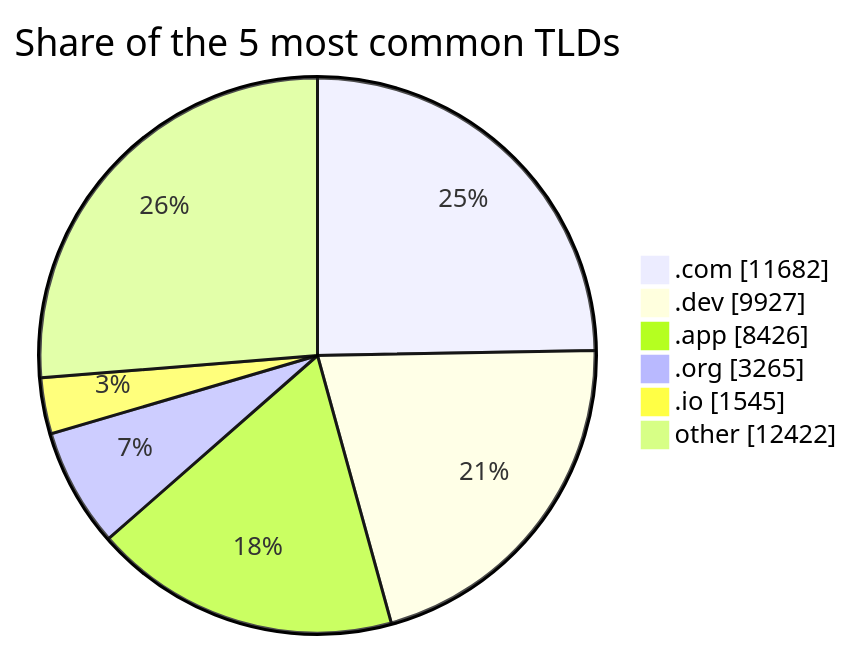
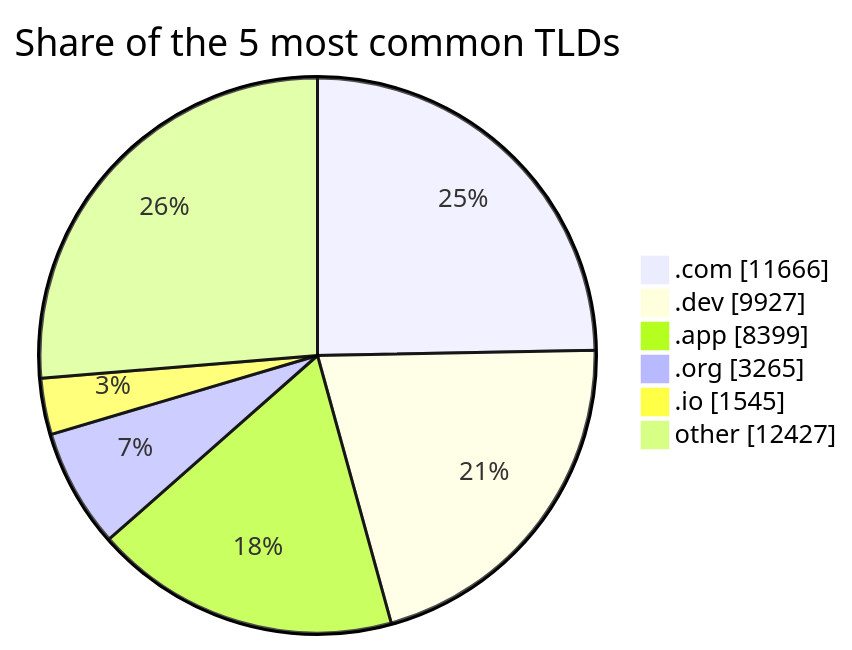
Before and after one commit to DNSBunker/CTI: the third of 3 diagrams in README.md, drawn with Mermaid. The commit also changed other lines of this file and 3 other files, not shown here.

````diff
--- a/README.md
+++ b/README.md
@@ -81,9 +81,9 @@
 ```mermaid
 pie showData title Share of the 5 most common TLDs
-    ".com" : 11682
+    ".com" : 11666
     ".dev" : 9927
-    ".app" : 8426
+    ".app" : 8399
     ".org" : 3265
     ".io" : 1545
-    "other" : 12422
+    "other" : 12427
 ```
````
